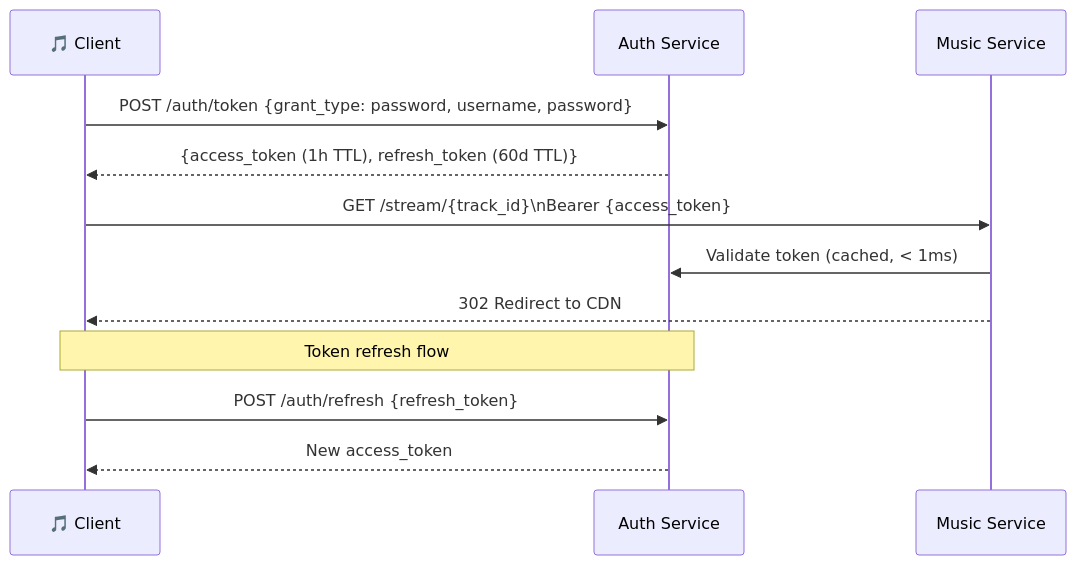
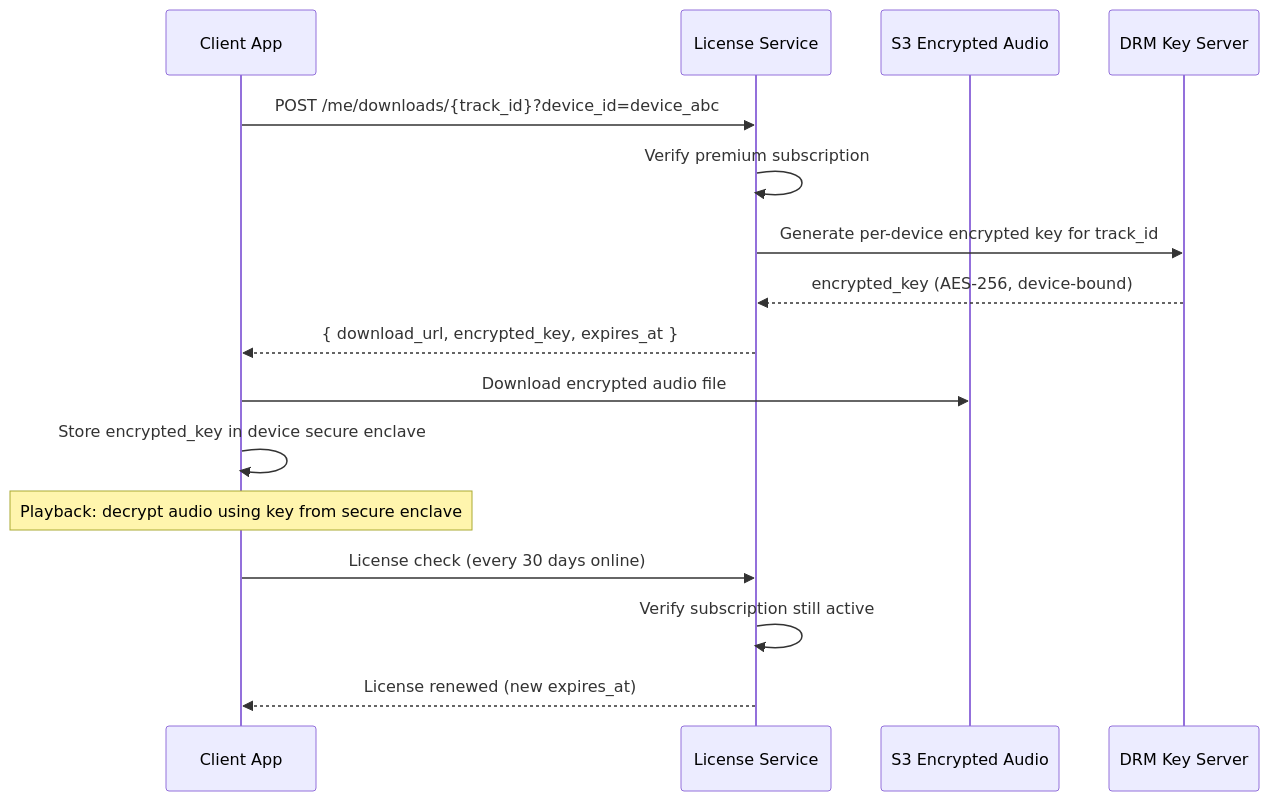
One commit to deepjyoti-dj7/JustDoIT changed the sixth of 7 diagrams in docs/system-design/hld/real-world-systems/spotify.md. Above: the diagram before and after it, drawn with Mermaid. The commit also changed other lines of this file and 8 other files, not shown here.

````diff
--- a/docs/system-design/hld/real-world-systems/spotify.md
+++ b/docs/system-design/hld/real-world-systems/spotify.md
@@ -759,17 +627,19 @@
 ```mermaid
 sequenceDiagram
-    participant C as 🎵 Client
-    participant AS as Auth Service
-    participant MS as Music Service
+    participant App as Client App
+    participant LS as License Service
+    participant S3 as S3 Encrypted Audio
+    participant DRM as DRM Key Server
 
-    C->>AS: POST /auth/token {grant_type: password, username, password}
-    AS-->>C: {access_token (1h TTL), refresh_token (60d TTL)}
-
-    C->>MS: GET /stream/{track_id}\nBearer {access_token}
-    MS->>AS: Validate token (cached, < 1ms)
-    MS-->>C: 302 Redirect to CDN
-
-    Note over C,AS: Token refresh flow
-    C->>AS: POST /auth/refresh {refresh_token}
-    AS-->>C: New access_token
+    App->>LS: POST /me/downloads/{track_id}?device_id=device_abc
+    LS->>LS: Verify premium subscription
+    LS->>DRM: Generate per-device encrypted key for track_id
+    DRM-->>LS: encrypted_key (AES-256, device-bound)
+    LS-->>App: { download_url, encrypted_key, expires_at }
+    App->>S3: Download encrypted audio file
+    App->>App: Store encrypted_key in device secure enclave
+    Note over App: Playback: decrypt audio using key from secure enclave
+    App->>LS: License check (every 30 days online)
+    LS->>LS: Verify subscription still active
+    LS-->>App: License renewed (new expires_at)
 ```
````
